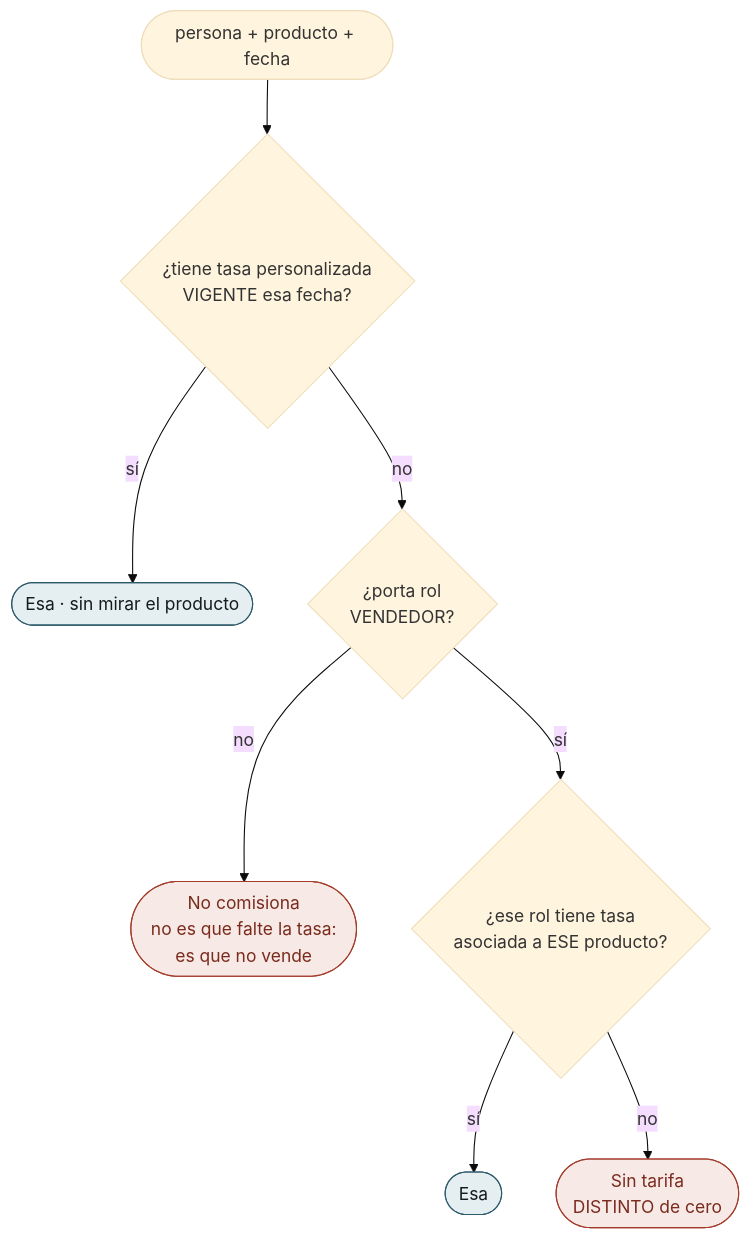
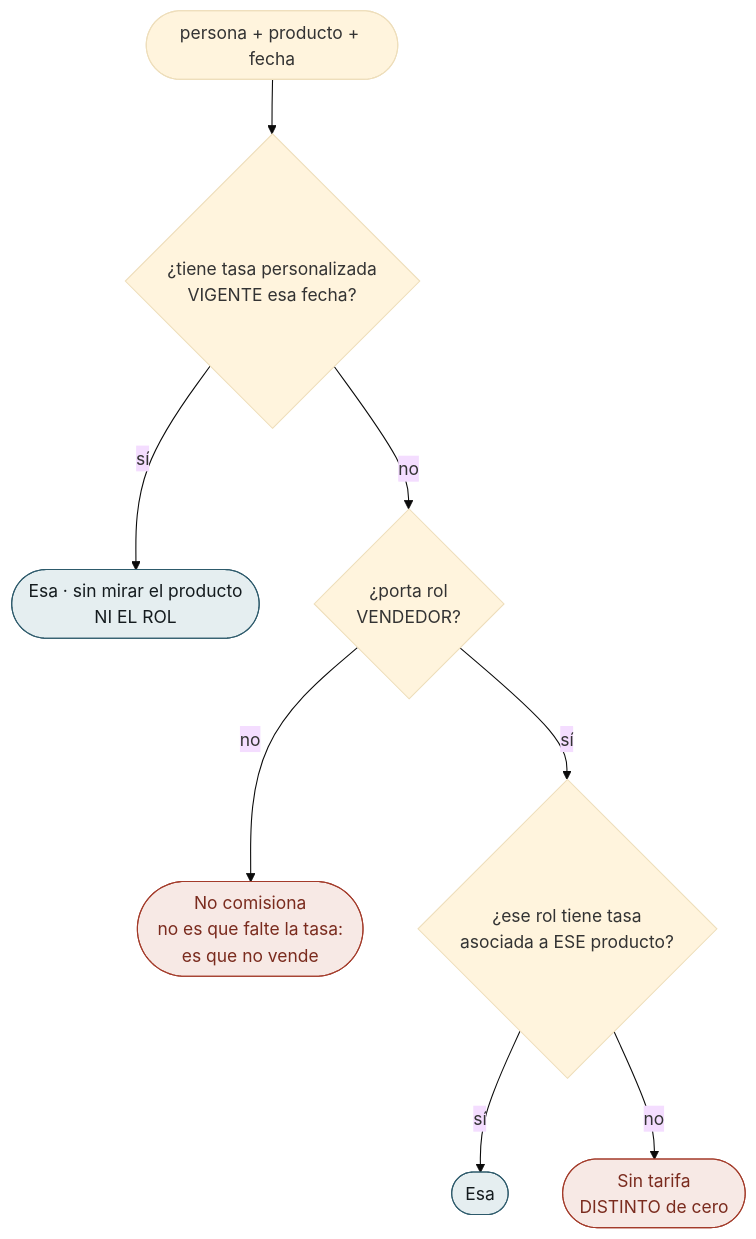
One commit to NexusPro-Dev/backend changed the second of 3 diagrams in docs/flujos/cm/flujos-del-modulo.md. Above: the diagram before and after it, drawn with Mermaid (base theme). The commit also changed other lines of this file and 68 other files, not shown here.

````diff
--- a/docs/flujos/cm/flujos-del-modulo.md
+++ b/docs/flujos/cm/flujos-del-modulo.md
@@ -57,15 +57,15 @@
 ```mermaid
 flowchart TD
     A(["persona + producto + fecha"]) --> P{"¿tiene tasa personalizada<br/>VIGENTE esa fecha?"}
-    P -->|sí| W1(["Esa · sin mirar el producto"])
+    P -->|sí| W1(["Esa · sin mirar el producto<br/>NI EL ROL"])
     P -->|no| R{"¿porta rol<br/>VENDEDOR?"}
     R -->|no| N1(["No comisiona<br/>no es que falte la tasa:<br/>es que no vende"])
     R -->|sí| Q{"¿ese rol tiene tasa<br/>asociada a ESE producto?"}
     Q -->|sí| W2(["Esa"])
     Q -->|no| N2(["Sin tarifa<br/>DISTINTO de cero"])
 
     classDef ok fill:#E5EEF0,stroke:#2D5A6B,color:#141B1E
     classDef nada fill:#F7E9E5,stroke:#A33B2A,color:#7A2B1E
     class W1,W2 ok
     class N1,N2 nada
 ```
````
